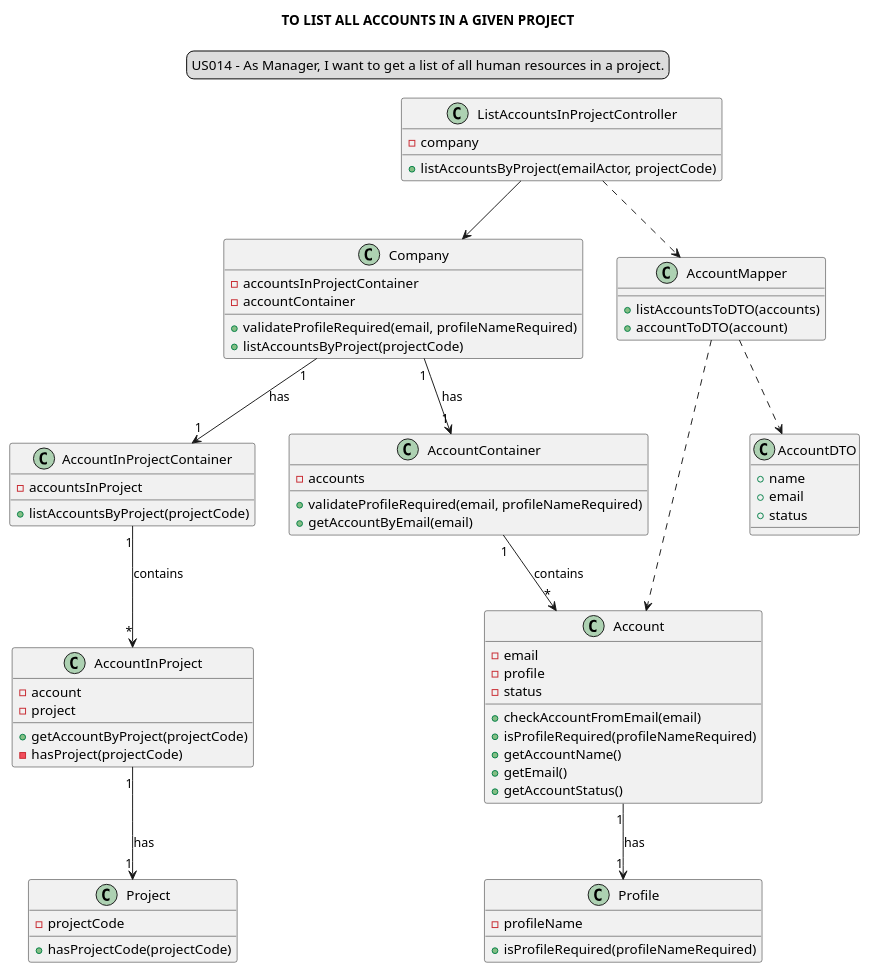
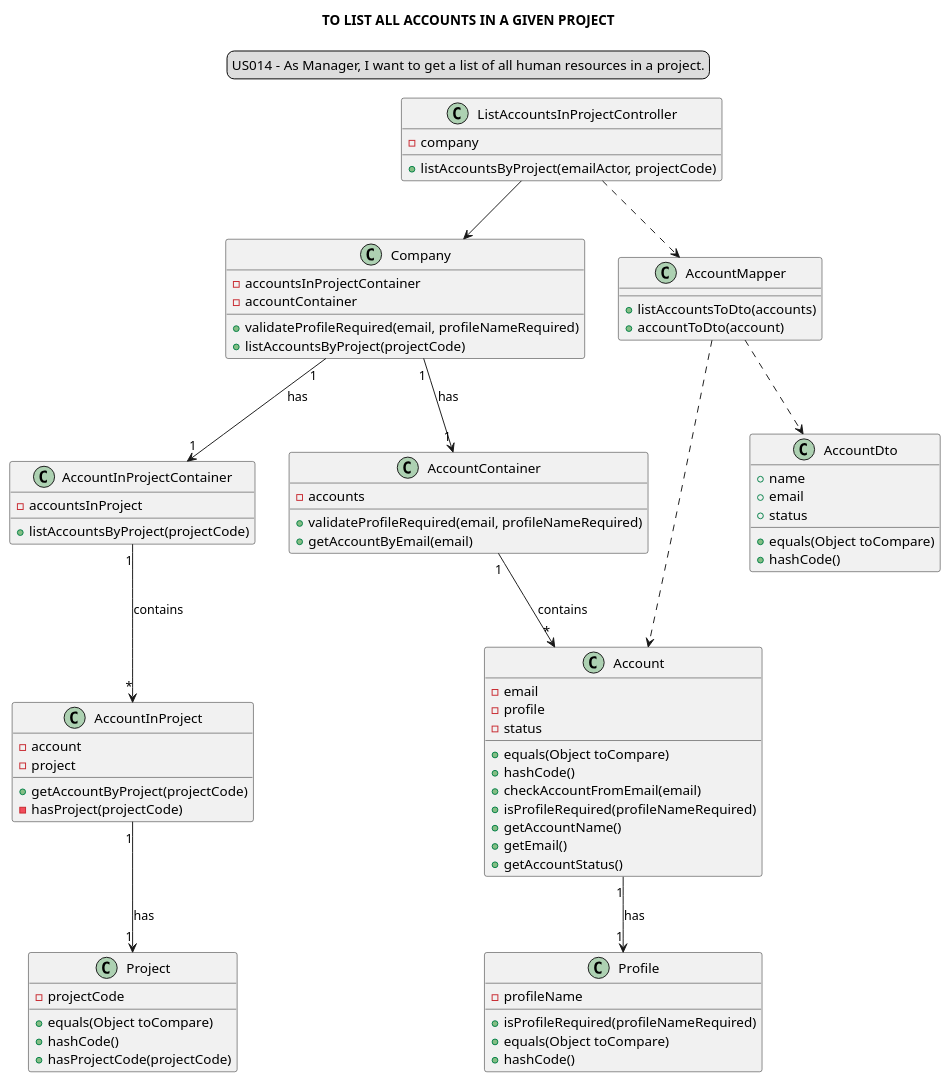
One commit to Loracline/project_switch_22-23 changed the diagram in docs/modelling_design/user_stories/sprint02/us014/US014_classDiagram.puml. Above: the diagram before and after it, drawn with PlantUML. The commit also changed 10 other files, not shown here.

Commit message:
No US number: Design: Refinement of class diagrams

```diff
--- a/docs/modelling_design/user_stories/sprint02/us014/US014_classDiagram.puml
+++ b/docs/modelling_design/user_stories/sprint02/us014/US014_classDiagram.puml
@@ -1,79 +1,87 @@
 @startuml
 skinparam sequenceMessageAlign center
 title TO LIST ALL ACCOUNTS IN A GIVEN PROJECT
 legend top
 US014 - As Manager, I want to get a list of all human resources in a project.
 end legend
 class "ListAccountsInProjectController" {
 -company
 +listAccountsByProject(emailActor, projectCode)
 }
 
 class "Company"{
 -accountsInProjectContainer
 -accountContainer
 +validateProfileRequired(email, profileNameRequired)
 +listAccountsByProject(projectCode)
 }
 
 class "AccountInProjectContainer"{
 -accountsInProject
 +listAccountsByProject(projectCode)
 }
 
 class "AccountInProject"{
 -account
 -project
 +getAccountByProject(projectCode)
 -hasProject(projectCode)
 }
 
 class "AccountContainer" {
 -accounts
 +validateProfileRequired(email, profileNameRequired)
 +getAccountByEmail(email)
 }
 
 class "Account" {
 -email
 -profile
 -status
++equals(Object toCompare)
++hashCode()
 +checkAccountFromEmail(email)
 +isProfileRequired(profileNameRequired)
 +getAccountName()
 +getEmail()
 +getAccountStatus()
 }
 
 class "Profile"{
 -profileName
 +isProfileRequired(profileNameRequired)
++equals(Object toCompare)
++hashCode()
 }
 
 class "AccountMapper"{
-+listAccountsToDTO(accounts)
-+accountToDTO(account)
++listAccountsToDto(accounts)
++accountToDto(account)
 }
 
-class "AccountDTO"{
+class "AccountDto"{
 +name
 +email
 +status
++equals(Object toCompare)
++hashCode()
 }
 
 class "Project"{
 -projectCode
++equals(Object toCompare)
++hashCode()
 +hasProjectCode(projectCode)
 }
 
 "ListAccountsInProjectController" --> "Company"
 "ListAccountsInProjectController" ..> "AccountMapper"
 "Company" "1"-->"1" "AccountInProjectContainer": has
 "Company" "1" --> "1" "AccountContainer": has
 "AccountContainer" "1" --> "*" "Account": contains
 "Account" "1" --> "1""Profile": has
-"AccountMapper" ..> "AccountDTO"
+"AccountMapper" ..> "AccountDto"
 "AccountInProjectContainer" "1" --> "*" "AccountInProject": contains
 "AccountMapper"..>"Account"
 "AccountInProject" "1"-->"1" "Project": has
 @enduml
```
